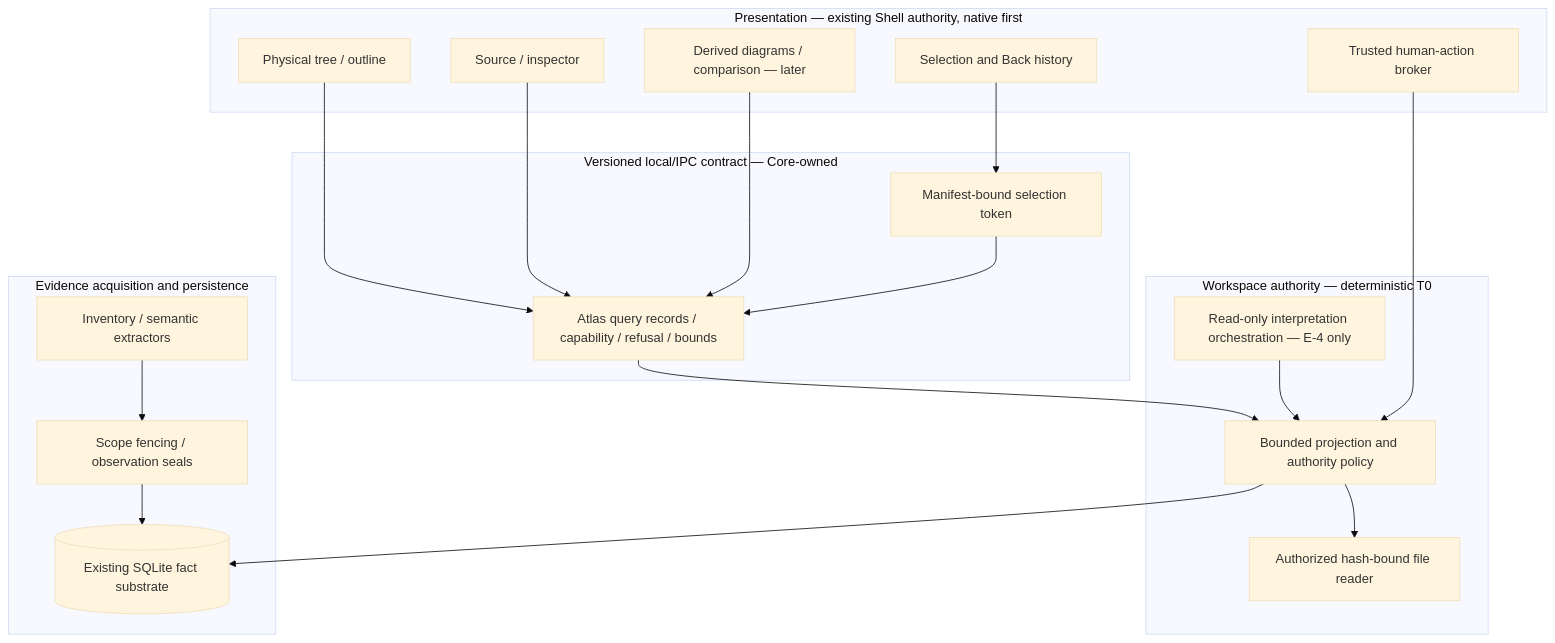
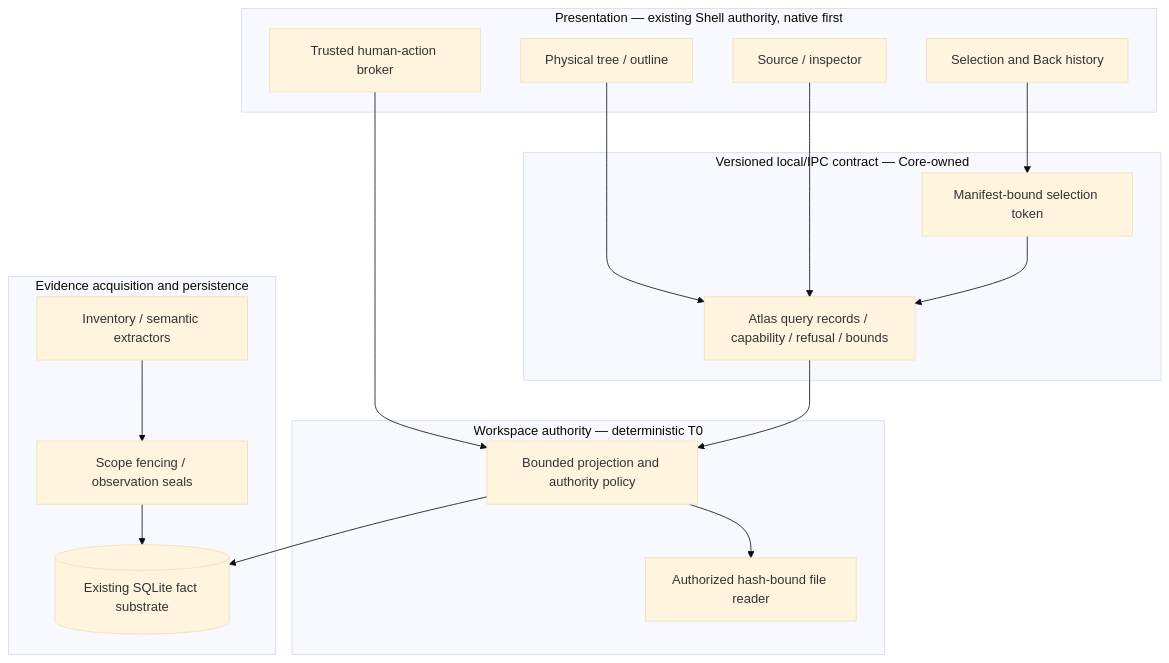
Before and after one commit to timianmalloo/ai-de: the third of 4 diagrams in docs/architecture/code-atlas-proposed.md, drawn with Mermaid (base theme). The commit also changed other lines of this file and 2 other files, not shown here.

First line of the commit message:
docs(atlas): separate E0 composition from future architecture obligations

````diff
--- a/docs/architecture/code-atlas-proposed.md
+++ b/docs/architecture/code-atlas-proposed.md
@@ -415,34 +443,30 @@
 ```mermaid
 flowchart TB
   subgraph Presentation["Presentation — existing Shell authority, native first"]
     Tree["Physical tree / outline"]
     Source["Source / inspector"]
-    Diagram["Derived diagrams / comparison — later"]
     Nav["Selection and Back history"]
     Broker["Trusted human-action broker"]
   end
   subgraph Contracts["Versioned local/IPC contract — Core-owned"]
     Query["Atlas query records / capability / refusal / bounds"]
     Selection["Manifest-bound selection token"]
   end
   subgraph Application["Workspace authority — deterministic T0"]
     Proj["Bounded projection and authority policy"]
     Read["Authorized hash-bound file reader"]
-    ModelPort["Read-only interpretation orchestration — E-4 only"]
   end
   subgraph Evidence["Evidence acquisition and persistence"]
     Inv["Inventory / semantic extractors"]
     Fence["Scope fencing / observation seals"]
     DB[("Existing SQLite fact substrate")]
   end
   Tree --> Query
   Source --> Query
-  Diagram --> Query
   Nav --> Selection --> Query
   Broker --> Proj
   Query --> Proj
   Proj --> Read
   Proj --> DB
-  ModelPort --> Proj
   Inv --> Fence --> DB
 ```
````
